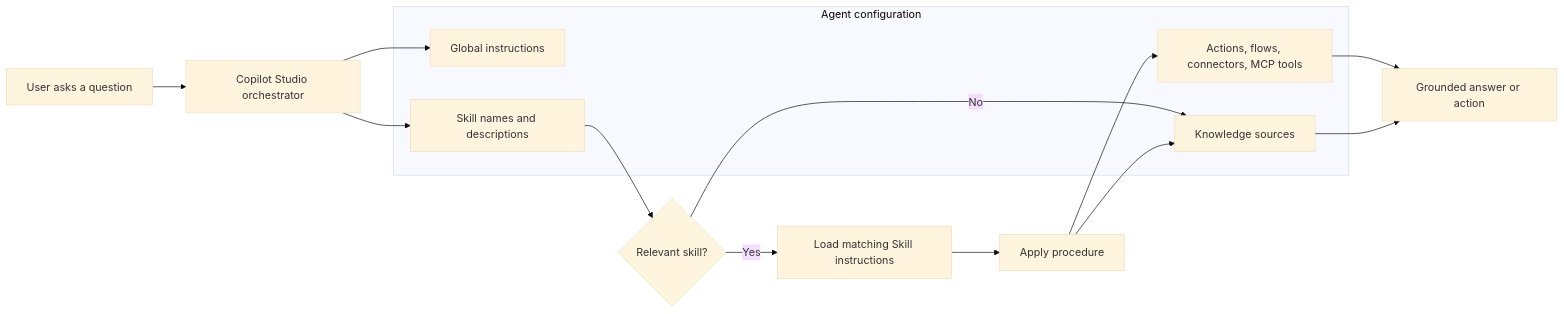
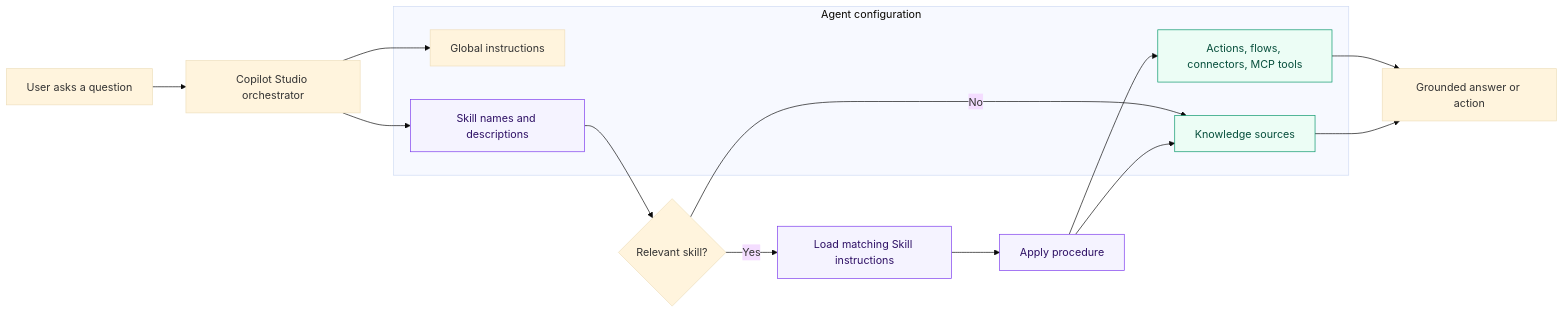
The third of 4 diagrams in _posts/2026-06-08-copilot-studio-skills-procedural-memory.md (microsoft/mcscatblog), drawn with Mermaid (base theme) before and after one commit. The commit also changed other lines of this file, not shown here.

````diff
--- a/_posts/2026-06-08-copilot-studio-skills-procedural-memory.md
+++ b/_posts/2026-06-08-copilot-studio-skills-procedural-memory.md
@@ -279,24 +302,29 @@
 ```mermaid
 flowchart LR
     User[User asks a question] --> Orchestrator[Copilot Studio orchestrator]
 
     subgraph Agent[Agent configuration]
         Instructions[Global instructions]
         SkillIndex[Skill names and descriptions]
         Knowledge[Knowledge sources]
         Tools[Actions, flows, connectors, MCP tools]
     end
 
     Orchestrator --> Instructions
     Orchestrator --> SkillIndex
     SkillIndex --> Decision{Relevant skill?}
 
     Decision -- No --> Knowledge
     Decision -- Yes --> Skill[Load matching Skill instructions]
     Skill --> Procedure[Apply procedure]
     Procedure --> Tools
     Procedure --> Knowledge
 
     Tools --> Response[Grounded answer or action]
     Knowledge --> Response
+
+    classDef skill fill:#f5f3ff,stroke:#7c3aed,color:#2e1065
+    classDef capability fill:#ecfdf5,stroke:#059669,color:#064e3b
+    class SkillIndex,Skill,Procedure skill
+    class Knowledge,Tools capability
 ```
````
